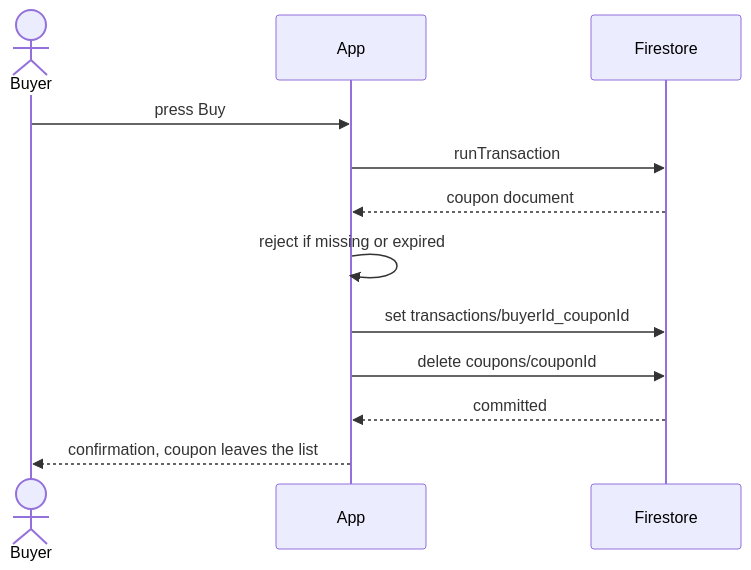
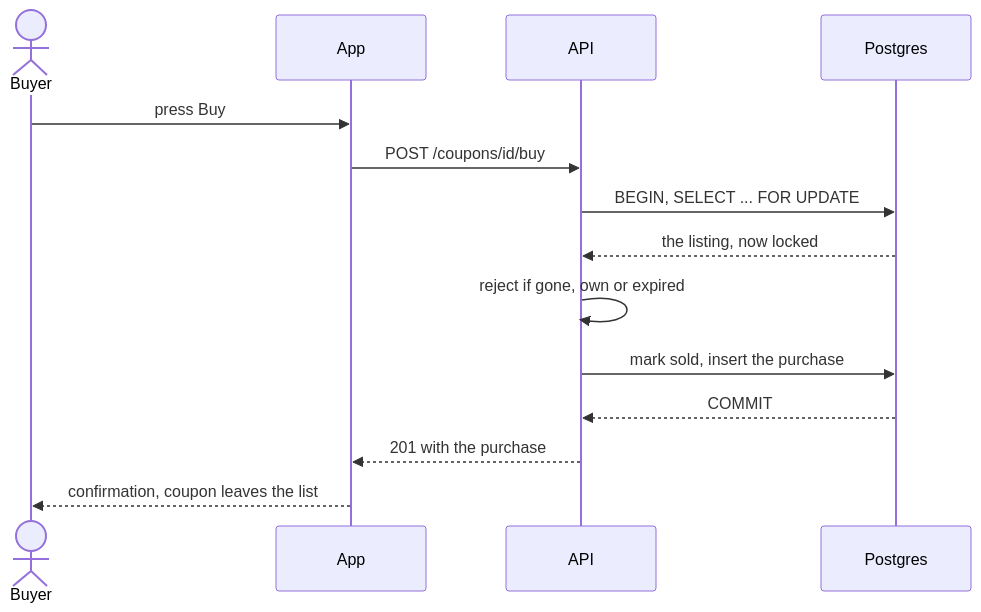
The second of 2 diagrams in README.md (A-RYAN-1/cash-your-coupons), drawn with Mermaid before and after one commit. The commit also changed other lines of this file, not shown here.

Commit message:
README: own API, Postgres, deploy and test evidence

````diff
--- a/README.md
+++ b/README.md
@@ -124,14 +126,16 @@
 ```mermaid
 sequenceDiagram
     actor B as Buyer
     participant A as App
-    participant F as Firestore
+    participant S as API
+    participant D as Postgres
     B->>A: press Buy
-    A->>F: runTransaction
-    F-->>A: coupon document
-    A->>A: reject if missing or expired
-    A->>F: set transactions/buyerId_couponId
-    A->>F: delete coupons/couponId
-    F-->>A: committed
+    A->>S: POST /coupons/id/buy
+    S->>D: BEGIN, SELECT ... FOR UPDATE
+    D-->>S: the listing, now locked
+    S->>S: reject if gone, own or expired
+    S->>D: mark sold, insert the purchase
+    D-->>S: COMMIT
+    S-->>A: 201 with the purchase
     A-->>B: confirmation, coupon leaves the list
 ```
````
